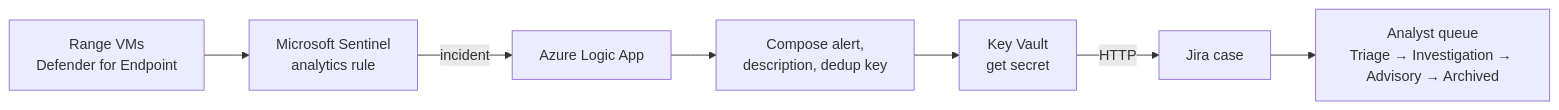
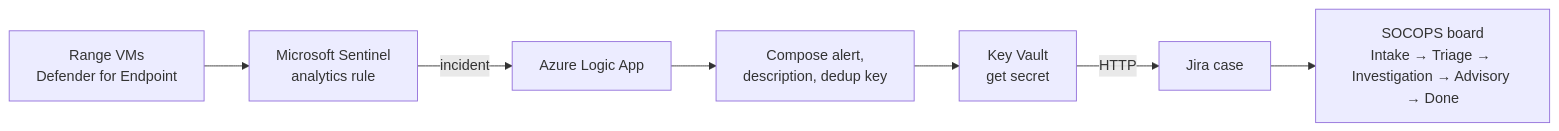
One commit to jennafrank/cyber-range-soc changed the diagram in README.md. Above: the diagram before and after it, drawn with Mermaid. The commit also changed other lines of this file and 4 other files, not shown here.

First line of the commit message:
Align README with the SOCOPS board; cut unconfirmed timings and roadmap

````diff
--- a/README.md
+++ b/README.md
@@ -65,9 +65,9 @@
 ```mermaid
 flowchart LR
     A["Range VMs<br/>Defender for Endpoint"] --> B["Microsoft Sentinel<br/>analytics rule"]
     B -->|incident| C["Azure Logic App"]
     C --> D["Compose alert,<br/>description, dedup key"]
     D --> E["Key Vault<br/>get secret"]
     E -->|HTTP| F["Jira case"]
-    F --> G["Analyst queue<br/>Triage → Investigation → Advisory → Archived"]
+    F --> G["SOCOPS board<br/>Intake → Triage → Investigation → Advisory → Done"]
 ```
````
